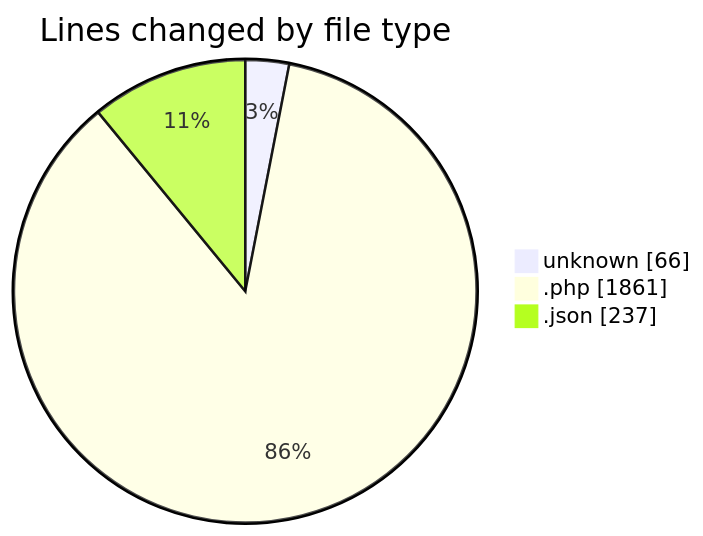
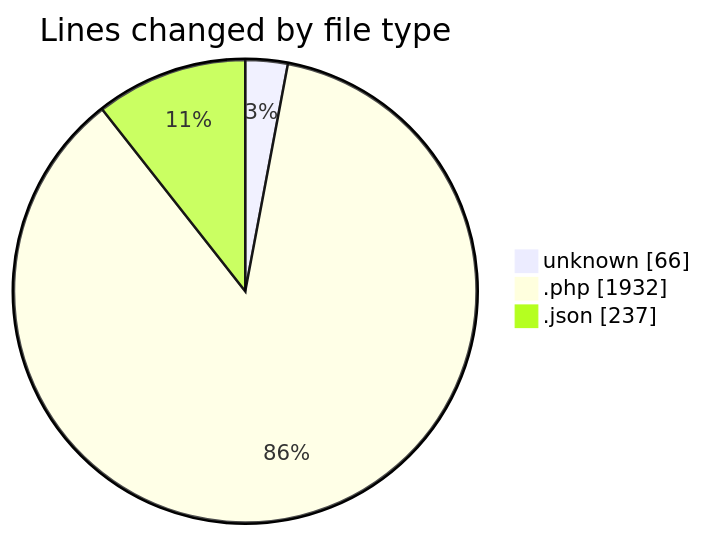
Before and after one commit to idhammustaqopulfikri/code-tracking: the first of 2 diagrams in 2025-05-15/bookingpodcas/README.md, drawn with Mermaid. The commit also changed other lines of this file and 1 other file, not shown here.

````diff
--- a/2025-05-15/bookingpodcas/README.md
+++ b/2025-05-15/bookingpodcas/README.md
@@ -26,7 +26,7 @@
 ```mermaid
 pie showData
 title Lines changed by file type
 "unknown" : 66
-".php" : 1861
+".php" : 1932
 ".json" : 237
 ```
````
